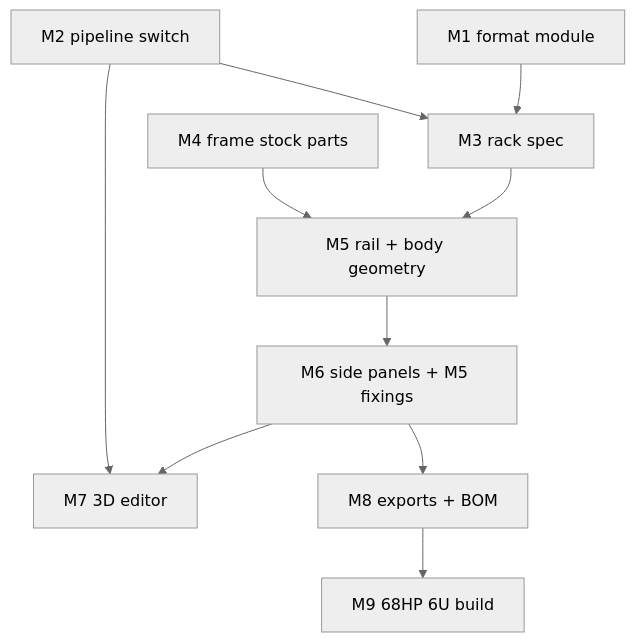
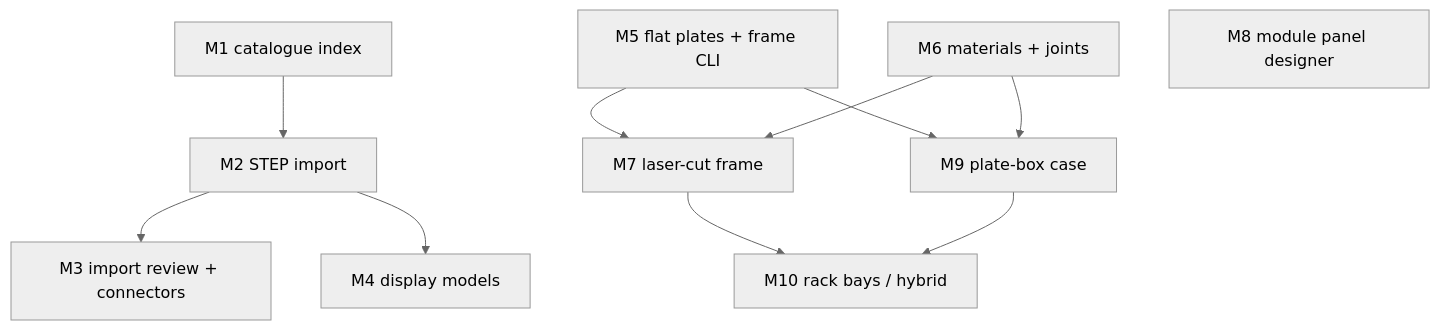
One commit to lunanane/LNX_CASEBUILDER changed the diagram in .docs/DEVELOPMENT_PLAN.md. Above: the diagram before and after it, drawn with Mermaid (neutral theme). The commit also changed other lines of this file and 2 other files, not shown here.

First line of the commit message:
A plan for catalogue, part models and Eurorack case styles

````diff
--- a/.docs/DEVELOPMENT_PLAN.md
+++ b/.docs/DEVELOPMENT_PLAN.md
@@ -360,12 +72,13 @@
 ```mermaid
 graph TD
-  M1[M1 format module] --> M3[M3 rack spec]
-  M2[M2 pipeline switch] --> M3
-  M3 --> M5[M5 rail + body geometry]
-  M4[M4 frame stock parts] --> M5
-  M5 --> M6[M6 side panels + M5 fixings]
-  M6 --> M7[M7 3D editor]
-  M2 --> M7
-  M6 --> M8[M8 exports + BOM]
-  M8 --> M9[M9 68HP 6U build]
+  M1[M1 catalogue index] --> M2[M2 STEP import]
+  M2 --> M3[M3 import review + connectors]
+  M2 --> M4[M4 display models]
+  M5[M5 flat plates + frame CLI] --> M7[M7 laser-cut frame]
+  M6[M6 materials + joints] --> M7
+  M5 --> M9[M9 plate-box case]
+  M6 --> M9
+  M7 --> M10[M10 rack bays / hybrid]
+  M9 --> M10
+  M8[M8 module panel designer]
 ```
````
